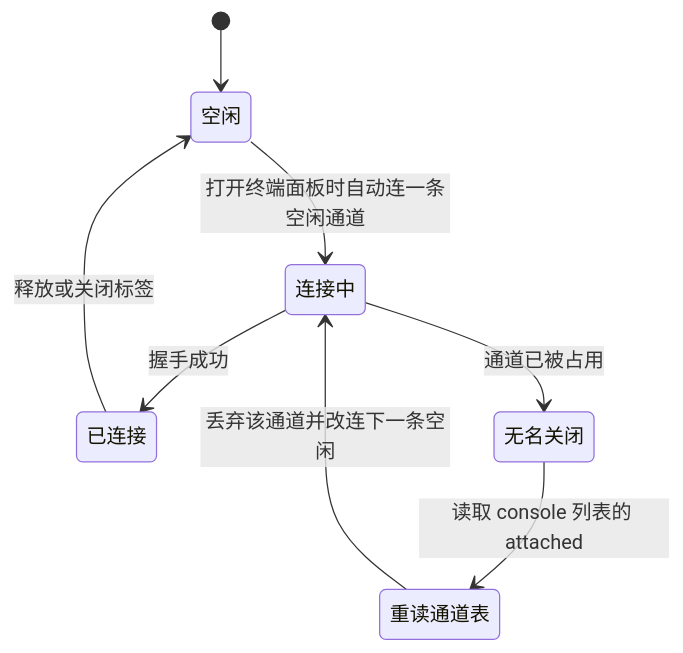
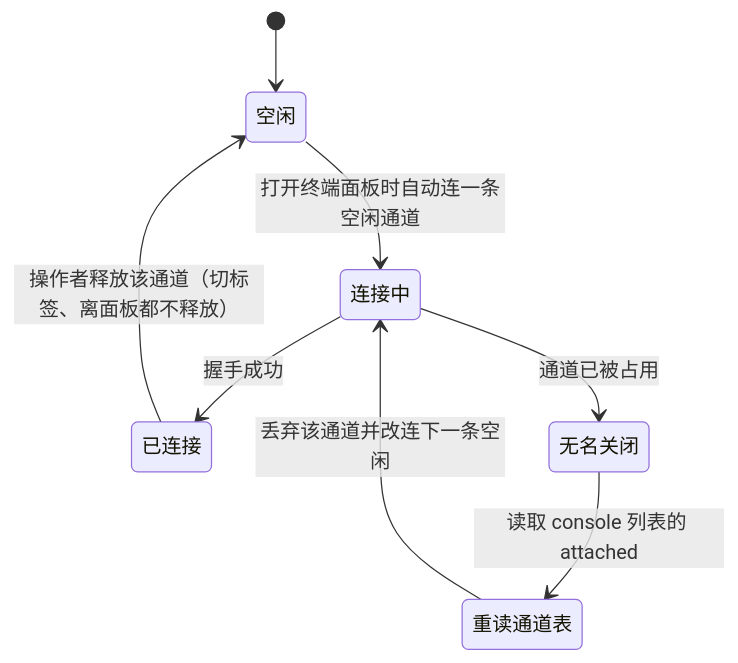
Before and after one commit to aptacc2421/tgoskits: the fourth of 6 diagrams in docs/docs/architecture/axvisor/control-plane.md, drawn with Mermaid. The commit also changed other lines of this file and 5 other files, not shown here.

````diff
--- a/docs/docs/architecture/axvisor/control-plane.md
+++ b/docs/docs/architecture/axvisor/control-plane.md
@@ -219,10 +219,10 @@
 ```mermaid
 stateDiagram-v2
     [*] --> 空闲
     空闲 --> 连接中: 打开终端面板时自动连一条空闲通道
     连接中 --> 已连接: 握手成功
     连接中 --> 无名关闭: 通道已被占用
     无名关闭 --> 重读通道表: 读取 console 列表的 attached
     重读通道表 --> 连接中: 丢弃该通道并改连下一条空闲
-    已连接 --> 空闲: 释放或关闭标签
+    已连接 --> 空闲: 操作者释放该通道（切标签、离面板都不释放）
 ```
````
